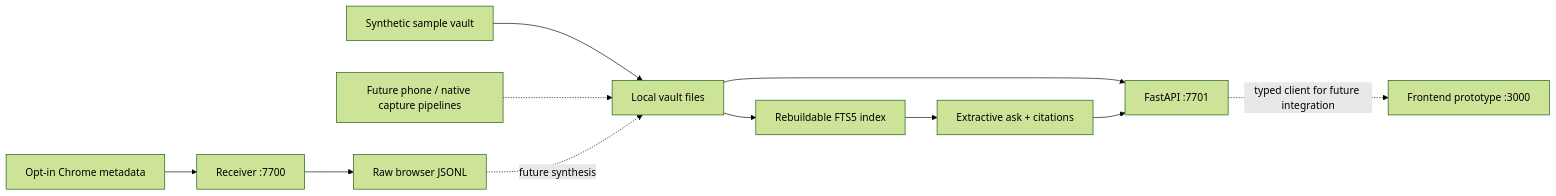
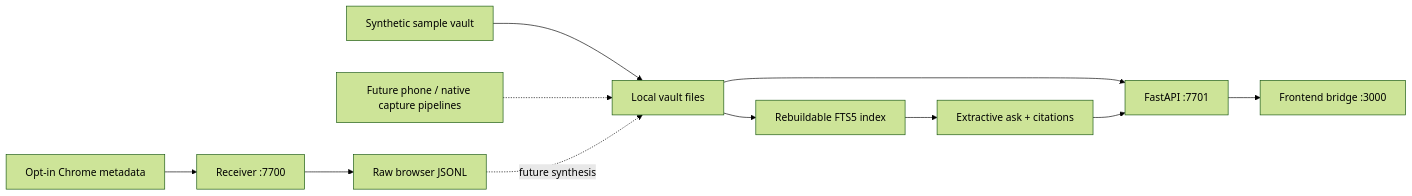
Before and after one commit to Zwc-11/DayCube: the diagram in docs/architecture.md, drawn with Mermaid (forest theme). The commit also changed 4 other files, not shown here.

Commit message:
docs: update README and runbook for live viewer API bridge and E2E suite

````diff
--- a/docs/architecture.md
+++ b/docs/architecture.md
@@ -6,13 +6,13 @@
 ```mermaid
 flowchart LR
   fixture[Synthetic sample vault] --> vault[Local vault files]
   future[Future phone / native capture pipelines] -.-> vault
   extension[Opt-in Chrome metadata] --> receiver[Receiver :7700]
   receiver --> raw[Raw browser JSONL]
   raw -. future synthesis .-> vault
   vault --> api[FastAPI :7701]
   vault --> index[Rebuildable FTS5 index]
   index --> ask[Extractive ask + citations]
   ask --> api
-  api -. typed client for future integration .-> viewer[Frontend prototype :3000]
+  api --> viewer[Frontend bridge :3000]
 ```
````
